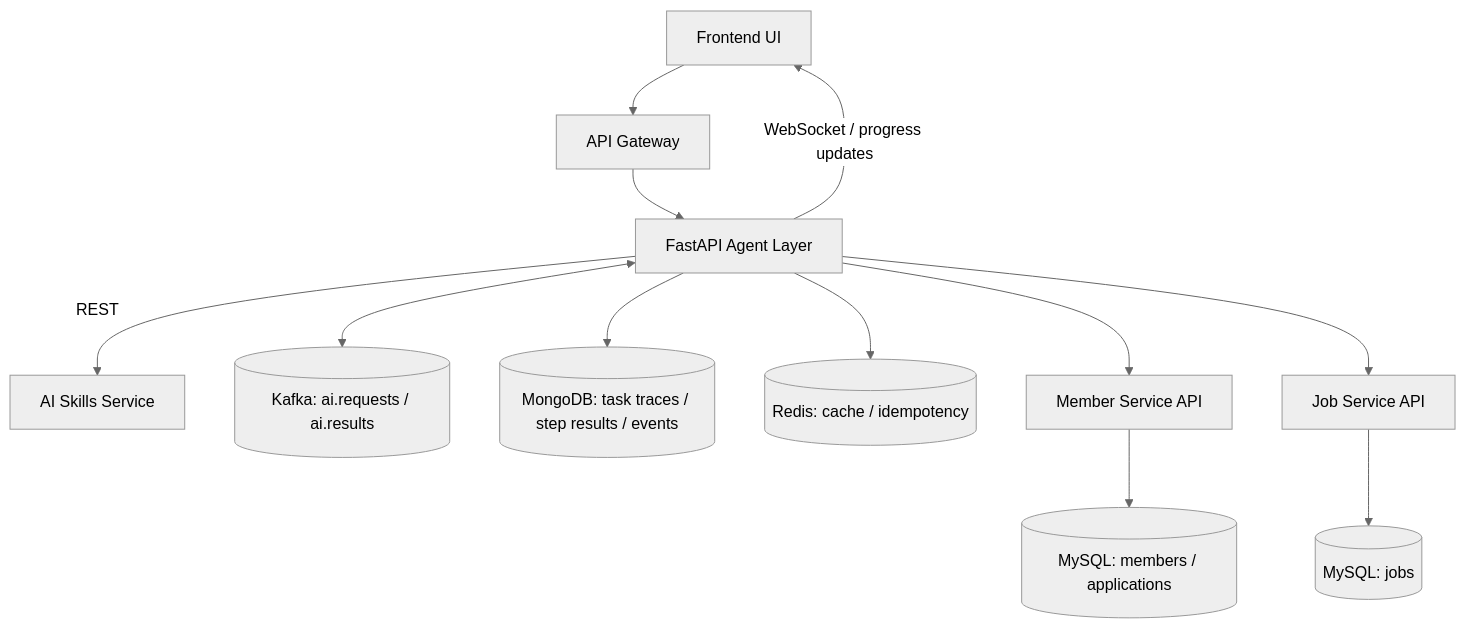
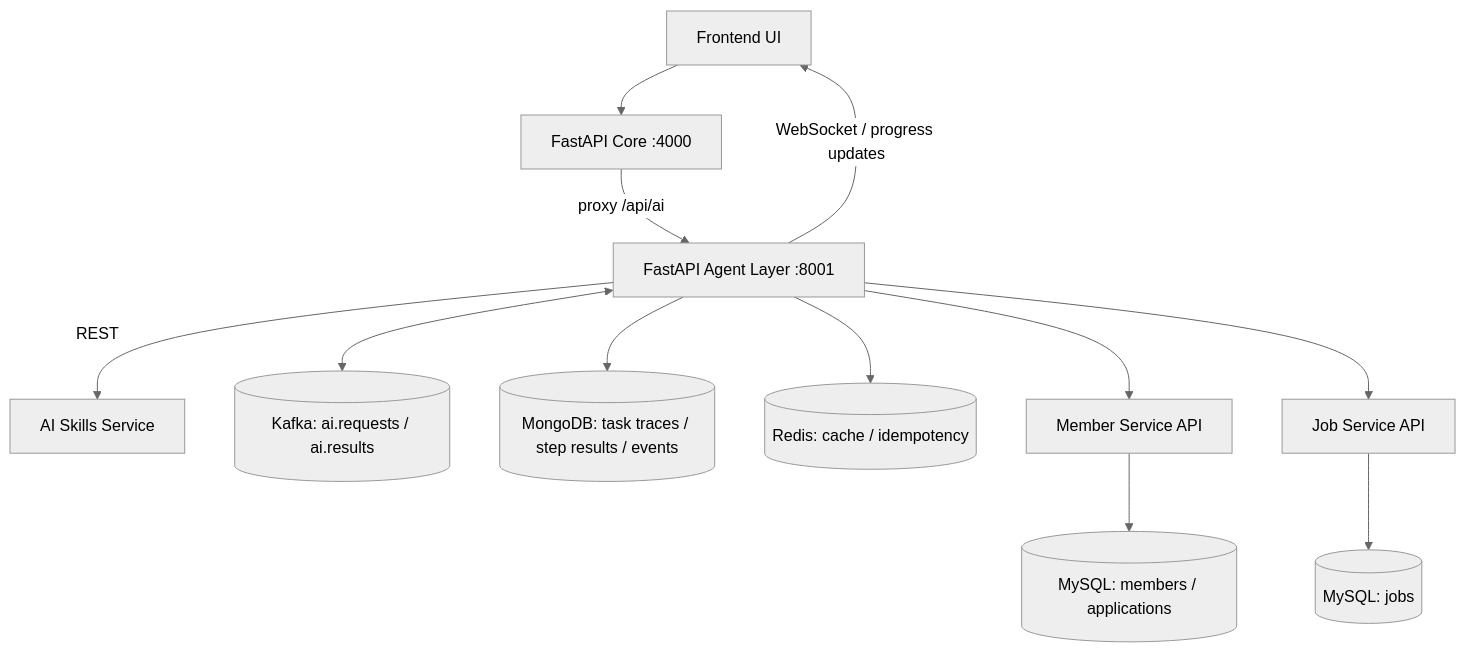
One commit to snehas-SJSU/DS_Project_236 changed the second of 3 diagrams in README.md. Above: the diagram before and after it, drawn with Mermaid (neutral theme). The commit also changed other lines of this file and 112 other files, not shown here.

Commit message:
Migrate to FastAPI monolith, remove Node microservices, add deploy/tests/UI polish

````diff
--- a/README.md
+++ b/README.md
@@ -83,17 +70,17 @@
 ```mermaid
 graph TD
-  FE[Frontend UI] --> GW[API Gateway]
-  GW --> AI[FastAPI Agent Layer]
+  FE[Frontend UI] --> GW[FastAPI Core :4000]
+  GW -->|proxy /api/ai| AI[FastAPI Agent Layer :8001]
 
   AI -->|REST| SK[AI Skills Service]
   AI <--> K[(Kafka: ai.requests / ai.results)]
   AI --> M[(MongoDB: task traces / step results / events)]
   AI --> R[(Redis: cache / idempotency)]
   AI -->|WebSocket / progress updates| FE
 
   AI --> MEM[Member Service API]
   AI --> JOB[Job Service API]
 
   MEM --> SQL1[(MySQL: members / applications)]
   JOB --> SQL2[(MySQL: jobs)]
 ```
````
